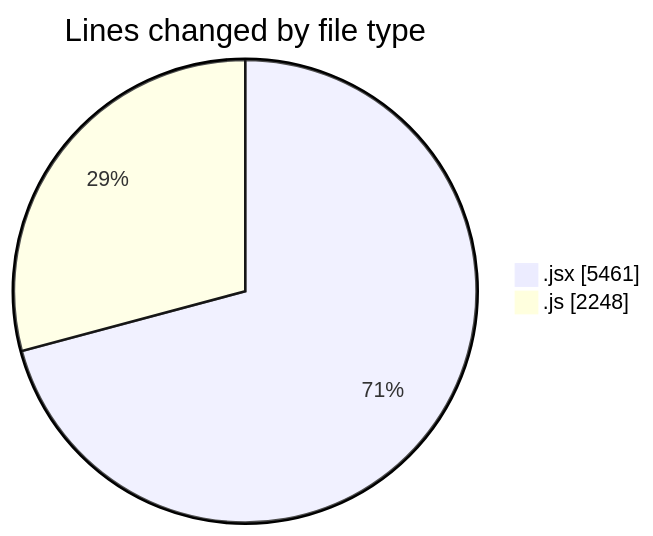
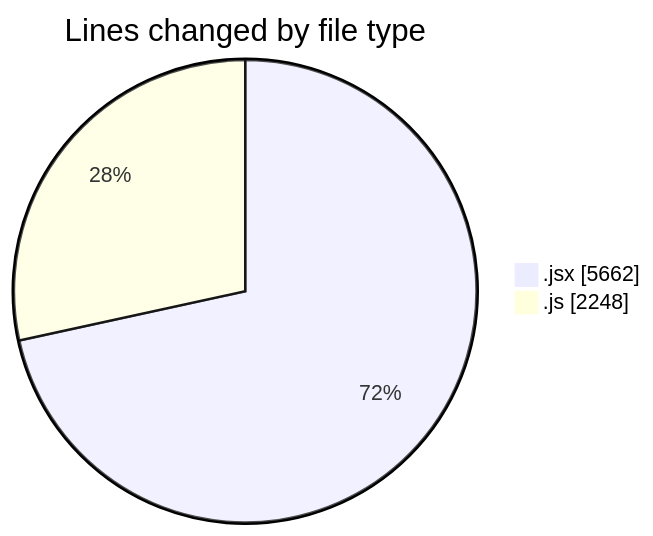
The first of 2 diagrams in 2025-09-28/nxtqube_webapp/README.md (nxtqubesakshisongat/code-tracking), drawn with Mermaid before and after one commit. The commit also changed other lines of this file and 1 other file, not shown here.

````diff
--- a/2025-09-28/nxtqube_webapp/README.md
+++ b/2025-09-28/nxtqube_webapp/README.md
@@ -23,6 +23,6 @@
 ```mermaid
 pie showData
 title Lines changed by file type
-".jsx" : 5461
+".jsx" : 5662
 ".js" : 2248
 ```
````
